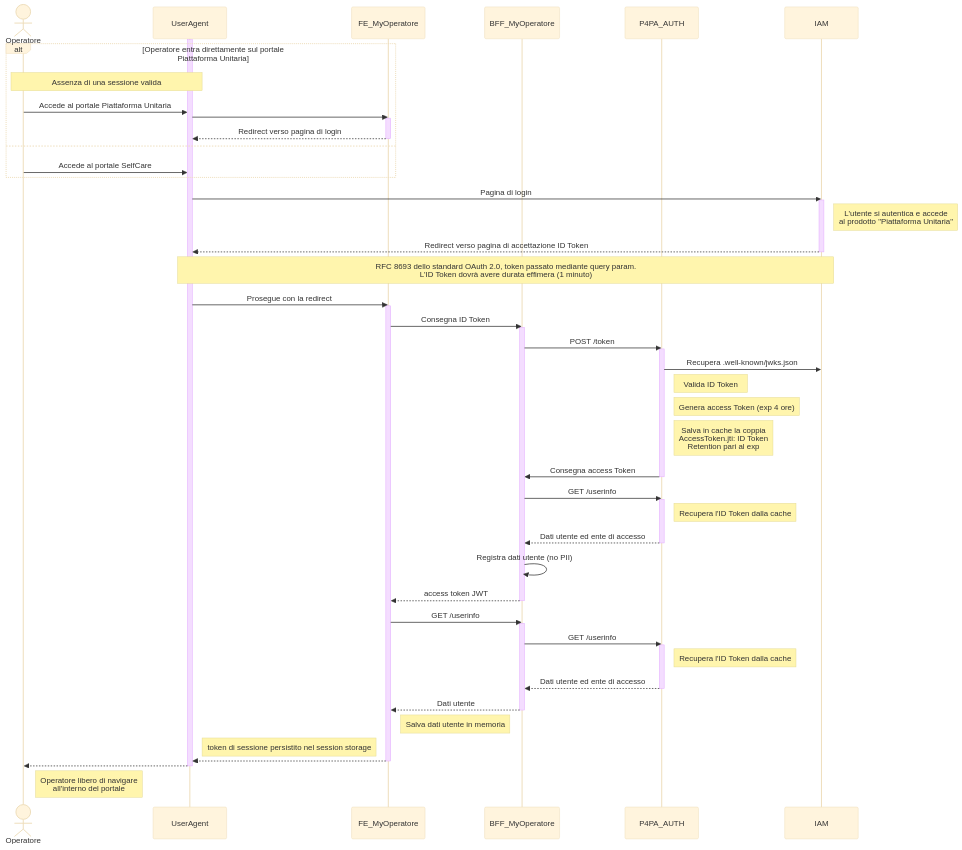
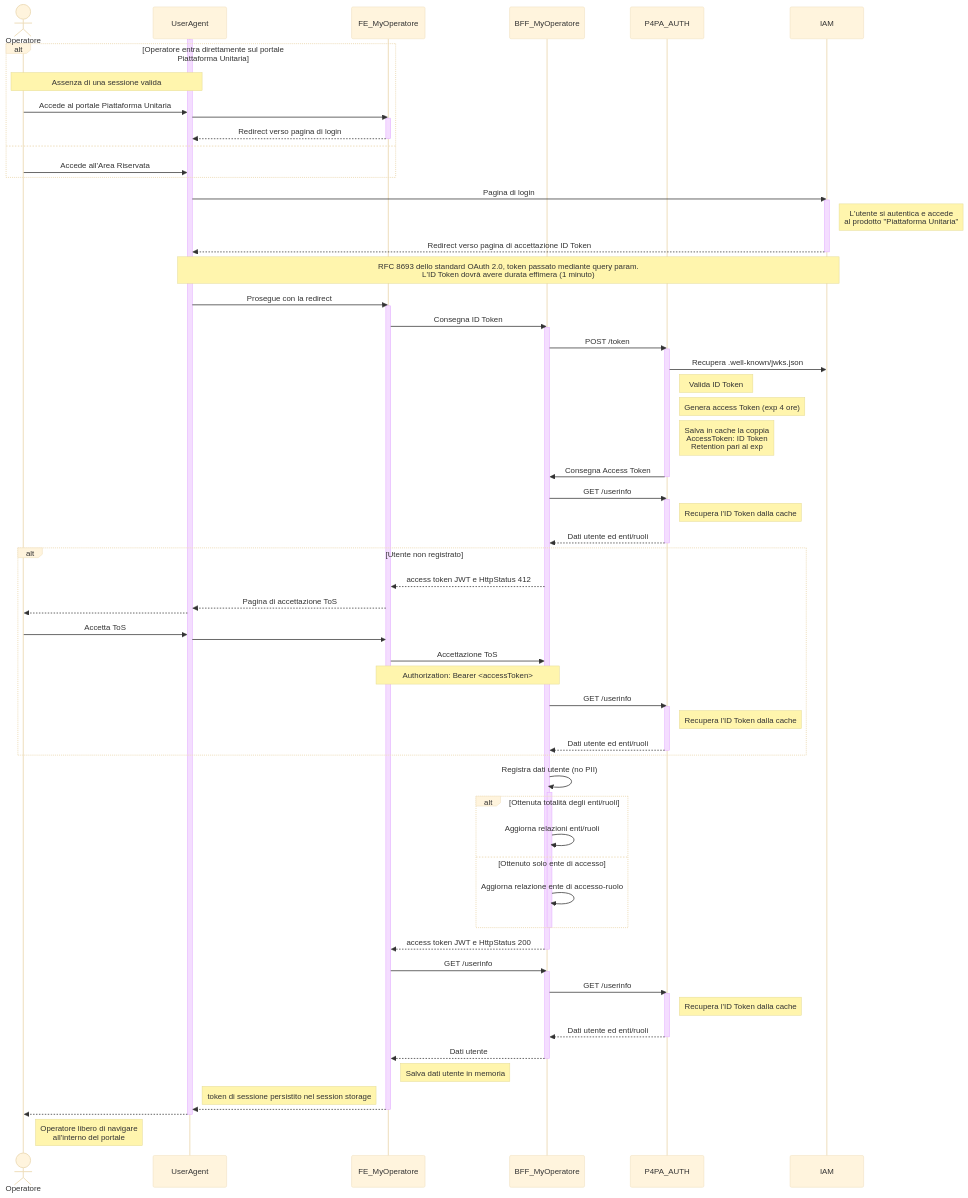
The diagram in design/auth/sequence_auth.mmd (pagopa/p4pa-doc), drawn with Mermaid (base theme) before and after one commit. The commit also changed 3 other files, not shown here.

```diff
--- a/design/auth/sequence_auth.mmd
+++ b/design/auth/sequence_auth.mmd
@@ -1,71 +1,93 @@
 sequenceDiagram
     actor Operatore
     participant UserAgent
     participant FE as FE_MyOperatore
     participant BFF as BFF_MyOperatore
     participant AUTH as P4PA_AUTH
     participant IAM
 
     activate UserAgent
         alt Operatore entra direttamente sul portale Piattaforma Unitaria
             note over Operatore, UserAgent: Assenza di una sessione valida
             Operatore ->> UserAgent: Accede al portale Piattaforma Unitaria
 
             UserAgent ->> FE: #
             activate FE
                 FE -->> UserAgent: Redirect verso pagina di login
             deactivate FE
         else
-            Operatore ->> UserAgent: Accede al portale SelfCare
+            Operatore ->> UserAgent: Accede all'Area Riservata
         end
 
         UserAgent ->> IAM: Pagina di login
         activate IAM
             note right of IAM: L'utente si autentica e accede<br />al prodotto "Piattaforma Unitaria"
             IAM -->> UserAgent: Redirect verso pagina di accettazione ID Token
         deactivate IAM
         note over UserAgent, IAM: RFC 8693 dello standard OAuth 2.0, token passato mediante query param.<BR />L'ID Token dovrà avere durata effimera (1 minuto)
 
         UserAgent ->> FE: Prosegue con la redirect
         activate FE
             FE ->> BFF: Consegna ID Token
             activate BFF
                 BFF ->> AUTH: POST /token
                 activate AUTH
                     AUTH ->> IAM: Recupera .well-known/jwks.json
                     note right of AUTH: Valida ID Token
                     note right of AUTH: Genera access Token (exp 4 ore)
-                    note right of AUTH: Salva in cache la coppia<BR />AccessToken.jti: ID Token<BR />Retention pari al exp
-                    AUTH ->> BFF: Consegna access Token
+                    note right of AUTH: Salva in cache la coppia<BR />AccessToken: ID Token<BR />Retention pari al exp
+                    AUTH ->> BFF: Consegna Access Token
                 deactivate AUTH
 
                 BFF ->> AUTH: GET /userinfo
                 activate AUTH
                     note right of AUTH: Recupera l'ID Token dalla cache
-                    AUTH -->> BFF: Dati utente ed ente di accesso
+                    AUTH -->> BFF: Dati utente ed enti/ruoli
                 deactivate AUTH
 
+                alt Utente non registrato
+                    BFF -->> FE: access token JWT e HttpStatus 412
+                    FE -->> UserAgent: Pagina di accettazione ToS
+                    UserAgent -->> Operatore: #
+                    Operatore ->> UserAgent: Accetta ToS
+                    UserAgent ->> FE: #
+                    FE ->> BFF: Accettazione ToS
+                    note over FE, BFF: Authorization: Bearer <accessToken>
+                    BFF ->> AUTH: GET /userinfo
+                    activate AUTH
+                        note right of AUTH: Recupera l'ID Token dalla cache
+                        AUTH -->> BFF: Dati utente ed enti/ruoli
+                    deactivate AUTH
+                end
+
                 BFF ->> BFF: Registra dati utente (no PII)
+                activate BFF
+                    alt Ottenuta totalità degli enti/ruoli
+                        BFF ->> BFF: Aggiorna relazioni enti/ruoli
+                    else Ottenuto solo ente di accesso
+                        BFF ->> BFF: Aggiorna relazione ente di accesso-ruolo
+                    end
+                deactivate BFF
 
-                BFF -->> FE: access token JWT
+                BFF -->> FE: access token JWT e HttpStatus 200
             deactivate BFF
 
             FE ->> BFF: GET /userinfo
             activate BFF
                 BFF ->> AUTH: GET /userinfo
                 activate AUTH
                     note right of AUTH: Recupera l'ID Token dalla cache
-                    AUTH -->> BFF: Dati utente ed ente di accesso
+                    AUTH -->> BFF: Dati utente ed enti/ruoli
                 deactivate AUTH
             BFF -->> FE: Dati utente
             deactivate BFF
             note right of FE: Salva dati utente in memoria
 
             note right of UserAgent: token di sessione persistito nel session storage
             FE -->> UserAgent: #
         deactivate FE
 
         UserAgent -->> Operatore: #
     deactivate UserAgent
 
     note right of Operatore: Operatore libero di navigare<BR />all'interno del portale
```
